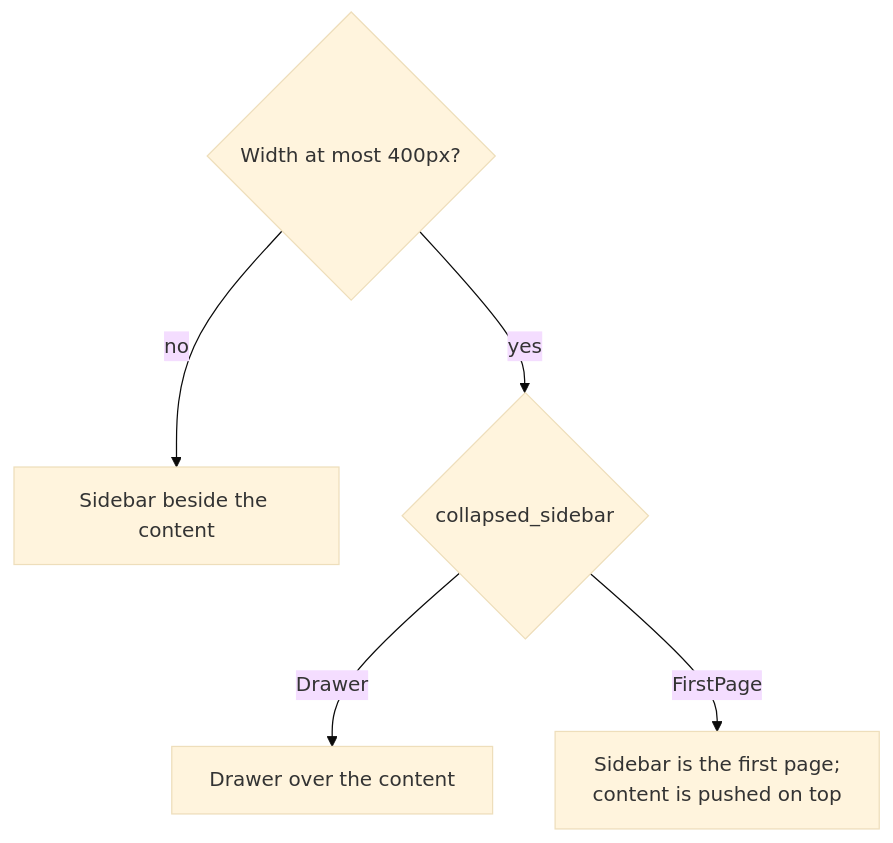
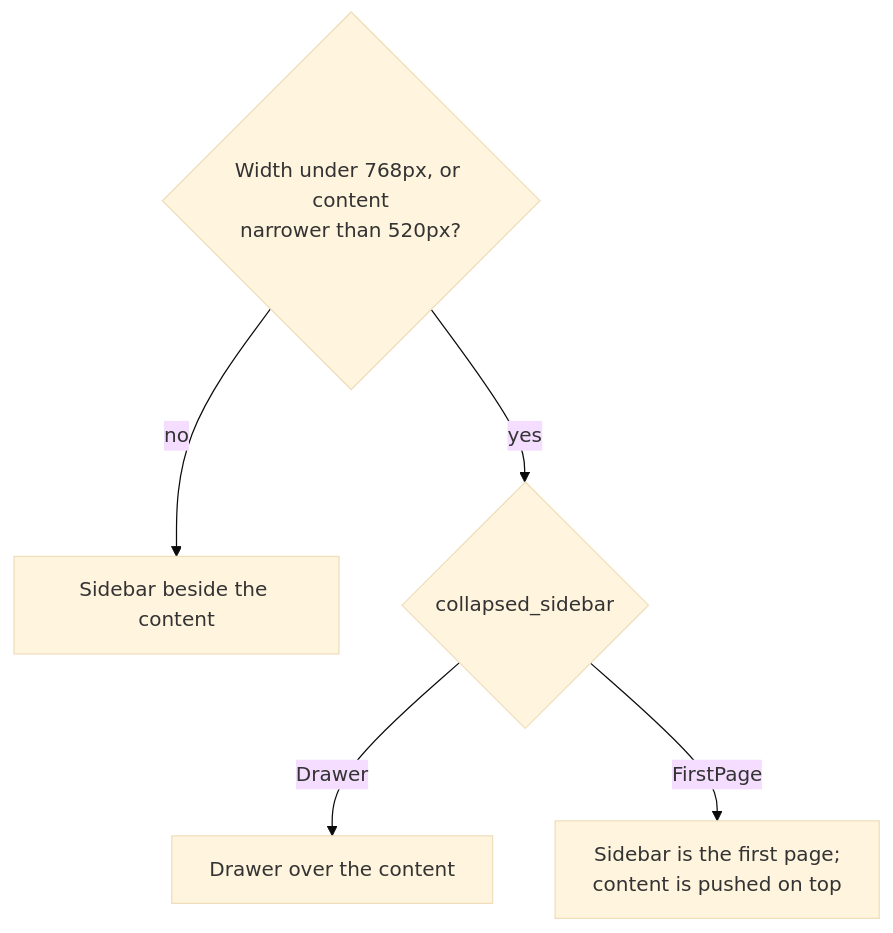
The diagram in docs/lib/layout.md (VaZark/iced-libadwaita), drawn with Mermaid (base theme) before and after one commit. The commit also changed other lines of this file and 20 other files, not shown here.

First line of the commit message:
Earlier sidebar collapse that guarantees content width, all layout constants configurable, fade at breakpoints

````diff
--- a/docs/lib/layout.md
+++ b/docs/lib/layout.md
@@ -13,7 +15,7 @@
 ```mermaid
 flowchart TD
-    W{"Width at most 400px?"} -- no --> Split["Sidebar beside the content"]
+    W{"Width under 768px, or content<br/>narrower than 520px?"} -- no --> Split["Sidebar beside the content"]
     W -- yes --> M{"collapsed_sidebar"}
     M -- Drawer --> D["Drawer over the content"]
     M -- FirstPage --> F["Sidebar is the first page;<br/>content is pushed on top"]
 ```
````
